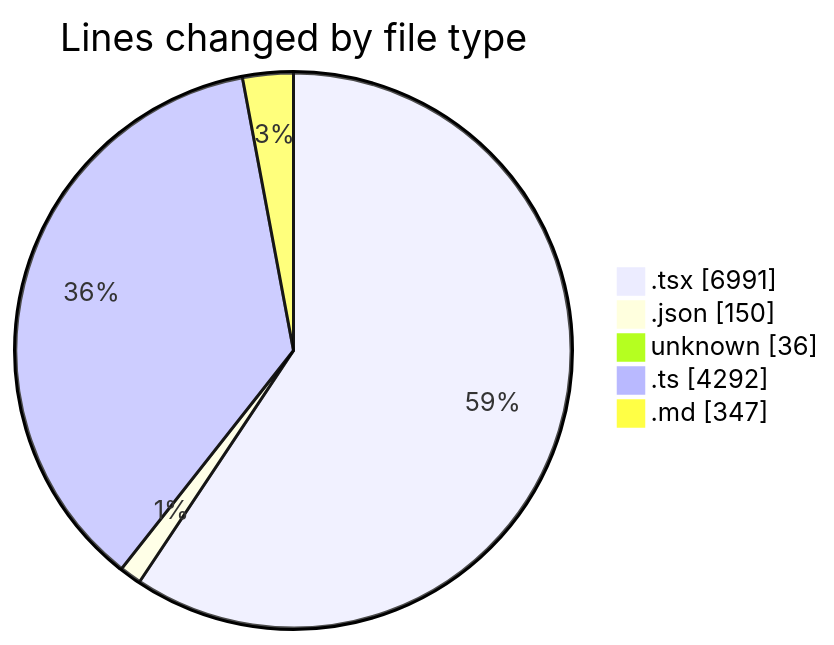
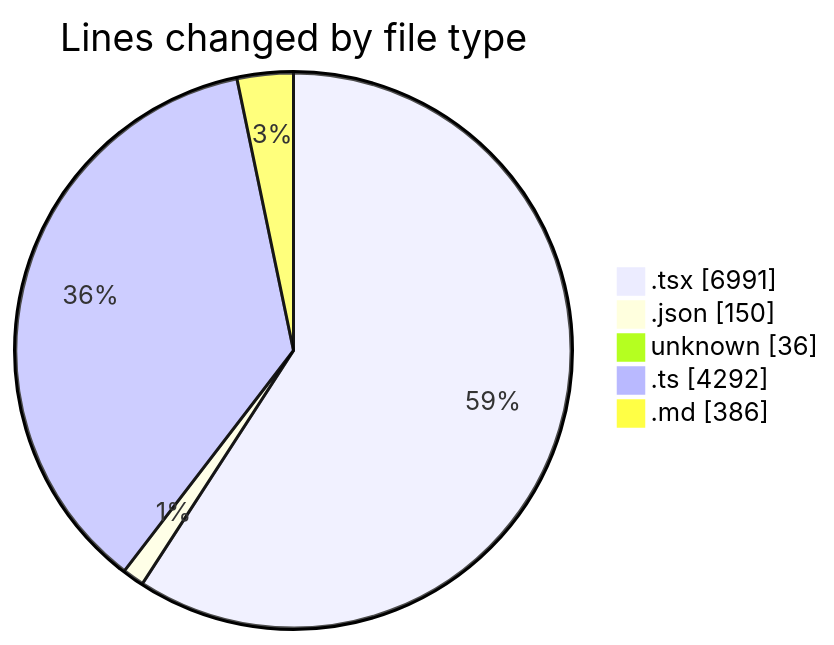
The first of 2 diagrams in 2025-01-03/tinycms/README.md (ernivani/code-tracking), drawn with Mermaid before and after one commit. The commit also changed other lines of this file and 5 other files, not shown here.

````diff
--- a/2025-01-03/tinycms/README.md
+++ b/2025-01-03/tinycms/README.md
@@ -59,9 +60,9 @@
 ```mermaid
 pie showData
 title Lines changed by file type
 ".tsx" : 6991
 ".json" : 150
 "unknown" : 36
 ".ts" : 4292
-".md" : 347
+".md" : 386
 ```
````
